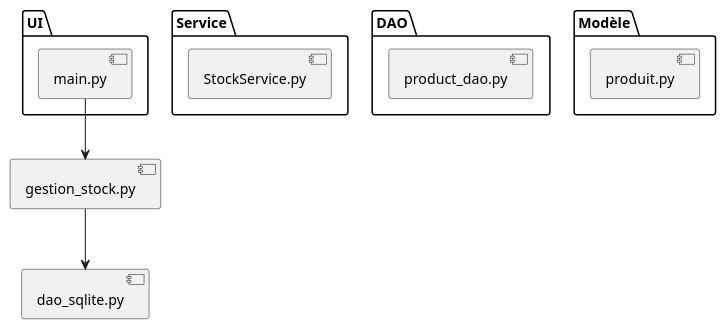
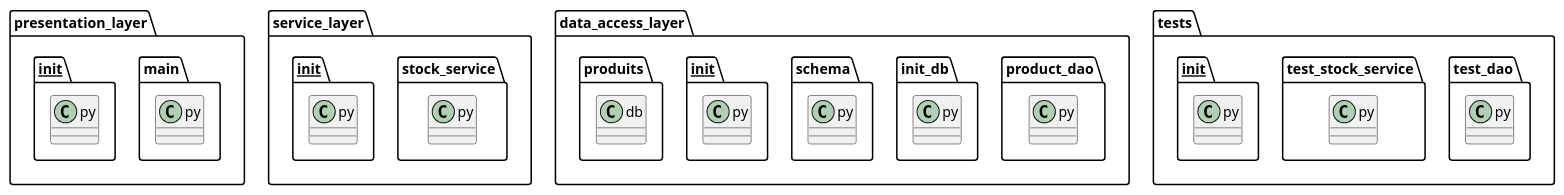
One commit to Ludo67/LOG430-Lab0 changed the diagram in docs/UML/implementation.puml. Above: the diagram before and after it, drawn with PlantUML. The commit also changed 9 other files, not shown here.

```diff
--- a/docs/UML/implementation.puml
+++ b/docs/UML/implementation.puml
@@ -1,22 +1,26 @@
-@startuml implementation_diagram
-
-package "UI" {
-  [main.py]
+@startuml implementation
+package "presentation_layer" {
+  class main.py
+  class __init__.py
 }
 
-package "Service" {
-  [StockService.py]
+package "service_layer" {
+  class stock_service.py
+  class __init__.py
 }
 
-package "DAO" {
-  [product_dao.py]
+package "data_access_layer" {
+  class product_dao.py
+  class init_db.py
+  class schema.py
+  class __init__.py
+  class produits.db
 }
 
-package "Modèle" {
-  [produit.py]
+package "tests" {
+  class test_dao.py
+  class test_stock_service.py
+  class __init__.py
 }
 
-[main.py] --> [gestion_stock.py]
-[gestion_stock.py] --> [dao_sqlite.py]
-
 @enduml
```
